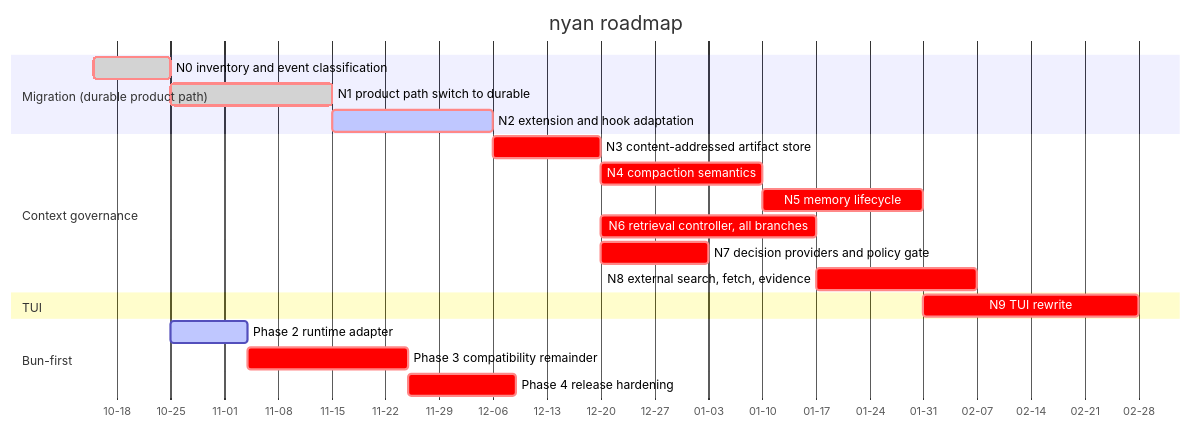
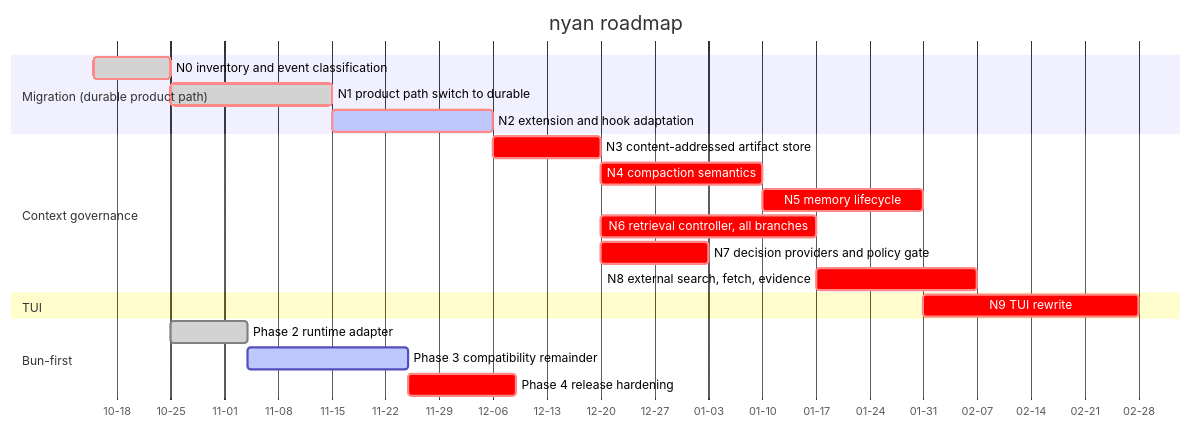
Before and after one commit to blxzer77/nyan: the diagram in ROADMAP.md, drawn with Mermaid. The commit also changed other lines of this file and 1 other file, not shown here.

First line of the commit message:
docs: close Bun Phase 2 and open Phase 3

````diff
--- a/ROADMAP.md
+++ b/ROADMAP.md
@@ -13,27 +13,27 @@
 ```mermaid
 gantt
     title nyan roadmap
     dateFormat YYYY-MM-DD
     axisFormat %m-%d
 
     section Migration (durable product path)
     N0 inventory and event classification :done, crit, n0, 2026-10-15, 10d
     N1 product path switch to durable :done, crit, n1, after n0, 21d
     N2 extension and hook adaptation :active, crit, n2, after n1, 21d
 
     section Context governance
     N3 content-addressed artifact store :crit, n3, after n2, 14d
     N4 compaction semantics :crit, n4, after n3, 21d
     N5 memory lifecycle :crit, n5, after n4, 21d
     N6 retrieval controller, all branches :crit, n6, after n3, 28d
     N7 decision providers and policy gate :crit, n7, after n3, 14d
     N8 external search, fetch, evidence :crit, n8, after n6, 21d
 
     section TUI
     N9 TUI rewrite :crit, n9, after n5, 28d
 
     section Bun-first
-    Phase 2 runtime adapter :active, bun2, after n0, 10d
-    Phase 3 compatibility remainder :crit, bun3, after bun2, 21d
+    Phase 2 runtime adapter :done, bun2, after n0, 10d
+    Phase 3 compatibility remainder :active, bun3, after bun2, 21d
     Phase 4 release hardening :crit, bun4, after bun3, 14d
 ```
````
